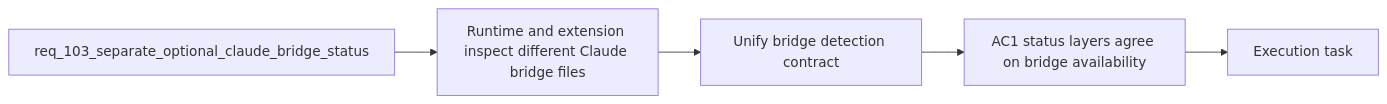
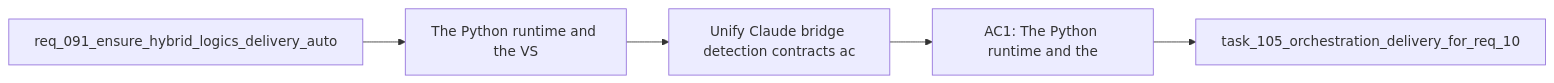
The diagram in logics/backlog/item_180_unify_claude_bridge_detection_contracts_across_runtime_and_extension_status_surfaces.md (AlexAgo83/logics-manager), drawn with Mermaid before and after one commit. The commit also changed 481 other files, not shown here.

````diff
--- a/logics/backlog/item_180_unify_claude_bridge_detection_contracts_across_runtime_and_extension_status_surfaces.md
+++ b/logics/backlog/item_180_unify_claude_bridge_detection_contracts_across_runtime_and_extension_status_surfaces.md
@@ -27,9 +27,9 @@
 ```mermaid
 %% logics-kind: backlog
 %% logics-signature: backlog|unify-claude-bridge-detection-contracts-|req-091-ensure-hybrid-logics-delivery-au|the-python-runtime-and-the-vs|ac1-the-python-runtime-and-the
 flowchart LR
-    Request[req_103_separate_optional_claude_bridge_status] --> Problem[Runtime and extension inspect different Claude bridge files]
-    Problem --> Scope[Unify bridge detection contract]
-    Scope --> Acceptance[AC1 status layers agree on bridge availability]
-    Acceptance --> Tasks[Execution task]
+    Request[req_091_ensure_hybrid_logics_delivery_auto] --> Problem[The Python runtime and the VS]
+    Problem --> Scope[Unify Claude bridge detection contracts ac]
+    Scope --> Acceptance[AC1: The Python runtime and the]
+    Acceptance --> Tasks[task_105_orchestration_delivery_for_req_10]
 ```
````
